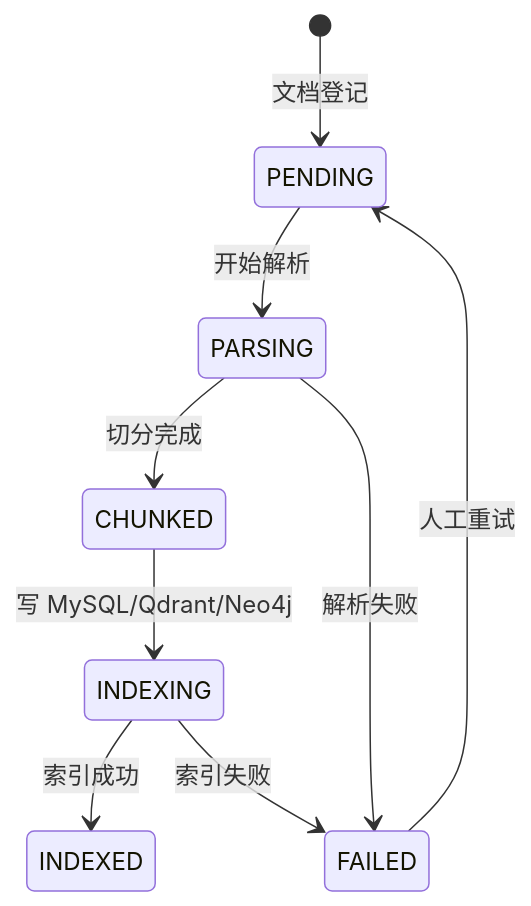
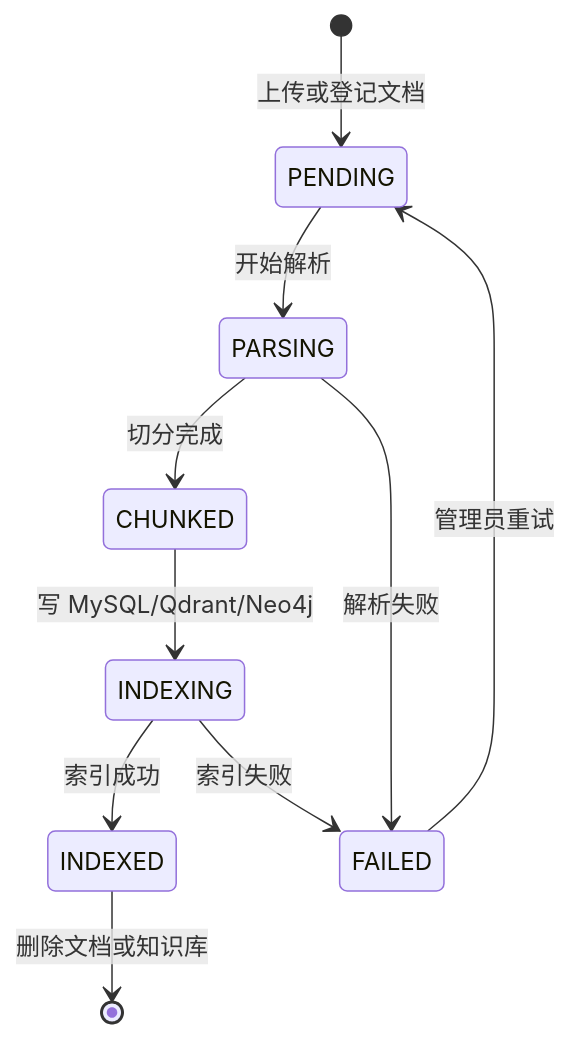
The second of 3 diagrams in docs/BUSINESS_FLOW.md (CarlosYonng/ai-agent-portfolio), drawn with Mermaid before and after one commit. The commit also changed other lines of this file and 9 other files, not shown here.

````diff
--- a/docs/BUSINESS_FLOW.md
+++ b/docs/BUSINESS_FLOW.md
@@ -45,11 +50,12 @@
 ```mermaid
 stateDiagram-v2
-    [*] --> PENDING: 文档登记
+    [*] --> PENDING: 上传或登记文档
     PENDING --> PARSING: 开始解析
     PARSING --> CHUNKED: 切分完成
     CHUNKED --> INDEXING: 写 MySQL/Qdrant/Neo4j
     INDEXING --> INDEXED: 索引成功
     PARSING --> FAILED: 解析失败
     INDEXING --> FAILED: 索引失败
-    FAILED --> PENDING: 人工重试
+    FAILED --> PENDING: 管理员重试
+    INDEXED --> [*]: 删除文档或知识库
 ```
````
